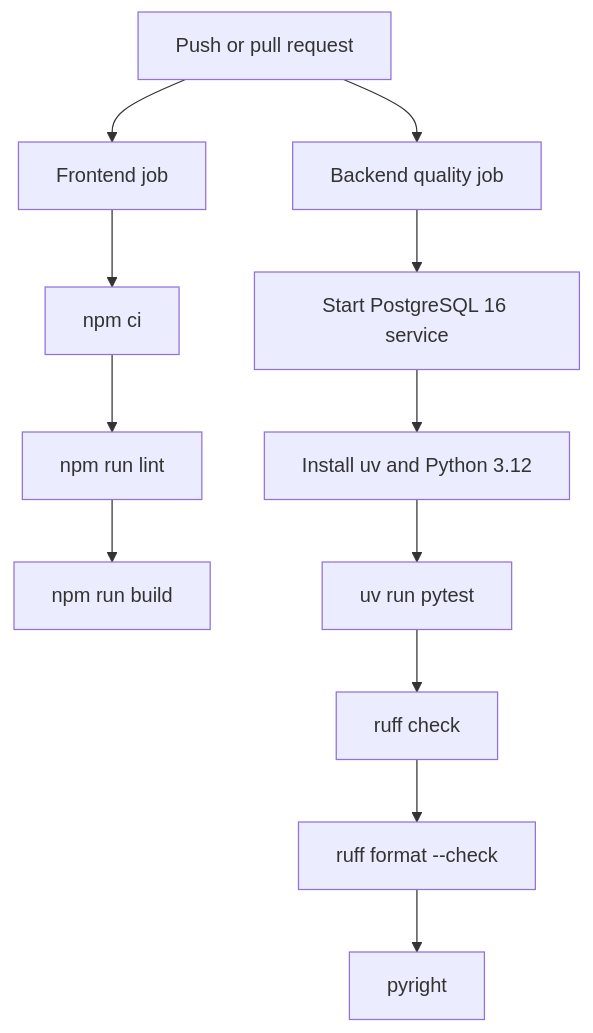
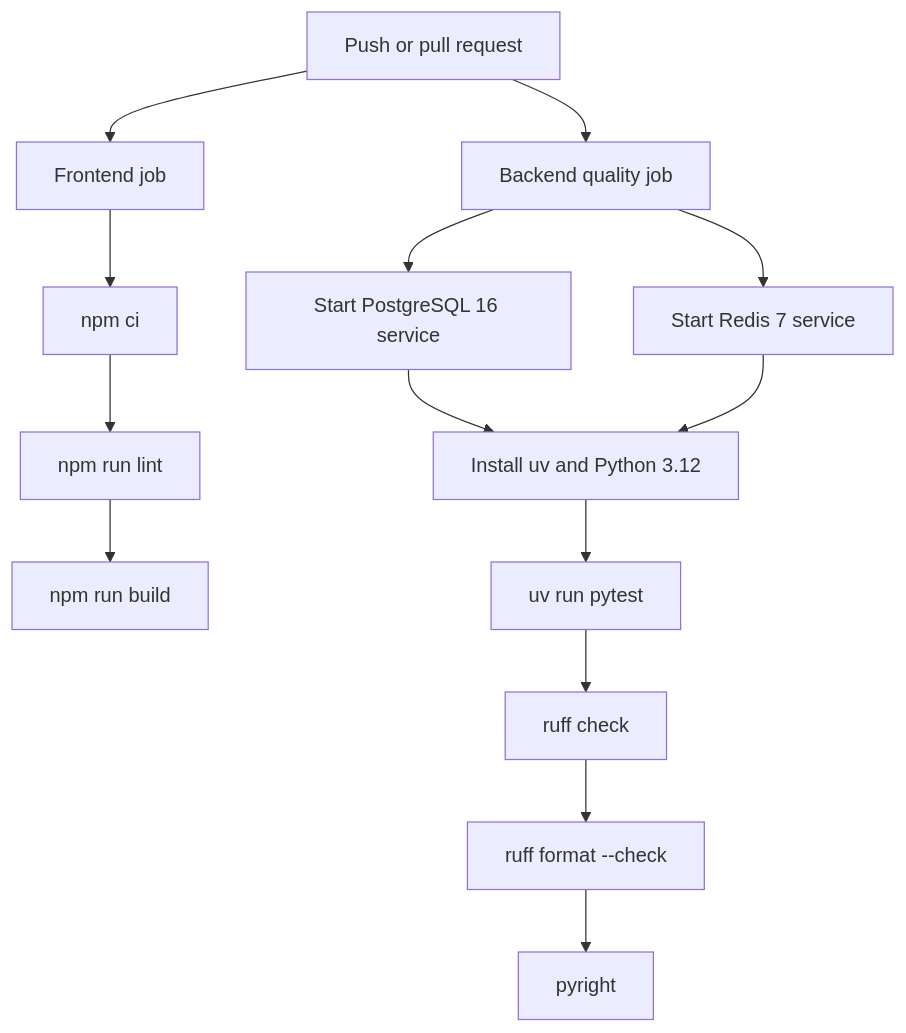
The third of 3 diagrams in docs/SYSTEM_ARCHITECTURE.md (Lavkushkatiyar/Roomly), drawn with Mermaid before and after one commit. The commit also changed other lines of this file and 1 other file, not shown here.

````diff
--- a/docs/SYSTEM_ARCHITECTURE.md
+++ b/docs/SYSTEM_ARCHITECTURE.md
@@ -260,14 +274,16 @@
 ```mermaid
 flowchart TD
     Event[Push or pull request] --> Frontend[Frontend job]
     Event --> Quality[Backend quality job]
     Frontend --> InstallNpm[npm ci]
     InstallNpm --> Eslint[npm run lint]
     Eslint --> Vite[npm run build]
     Quality --> Postgres[Start PostgreSQL 16 service]
+    Quality --> Redis[Start Redis 7 service]
     Postgres --> InstallPython[Install uv and Python 3.12]
+    Redis --> InstallPython
     InstallPython --> Pytest[uv run pytest]
     Pytest --> RuffCheck[ruff check]
     RuffCheck --> RuffFormat[ruff format --check]
     RuffFormat --> Pyright[pyright]
 ```
````
